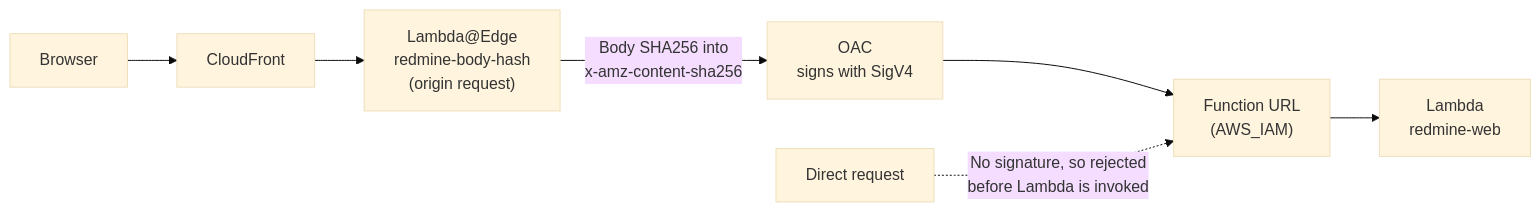
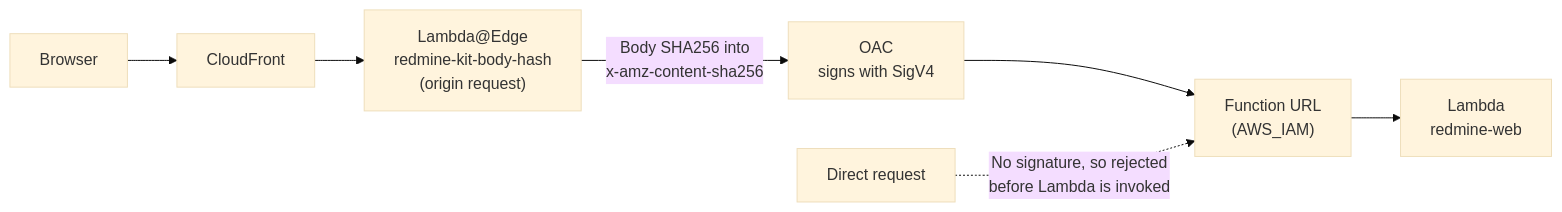
Before and after one commit to redmine-kit/serverless: the second of 3 diagrams in docs/lambda.md, drawn with Mermaid (base theme). The commit also changed other lines of this file and 34 other files, not shown here.

First line of the commit message:
Prefix the account's shared AWS resources with redmine-kit-

````diff
--- a/docs/lambda.md
+++ b/docs/lambda.md
@@ -298,9 +298,9 @@
 ```mermaid
 flowchart LR
   b["Browser"] --> cf["CloudFront"]
-  cf --> edge["Lambda@Edge<br>redmine-body-hash<br>(origin request)"]
+  cf --> edge["Lambda@Edge<br>redmine-kit-body-hash<br>(origin request)"]
   edge -- "Body SHA256 into<br>x-amz-content-sha256" --> oac["OAC<br>signs with SigV4"]
   oac --> url["Function URL<br>(AWS_IAM)"]
   url --> app["Lambda<br>redmine-web"]
   direct["Direct request"] -. "No signature, so rejected<br>before Lambda is invoked" .-> url
 ```
````
